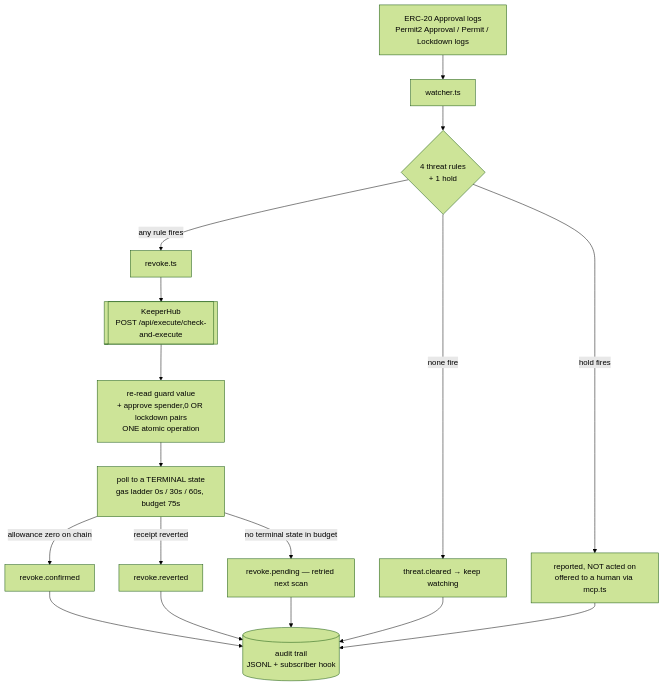
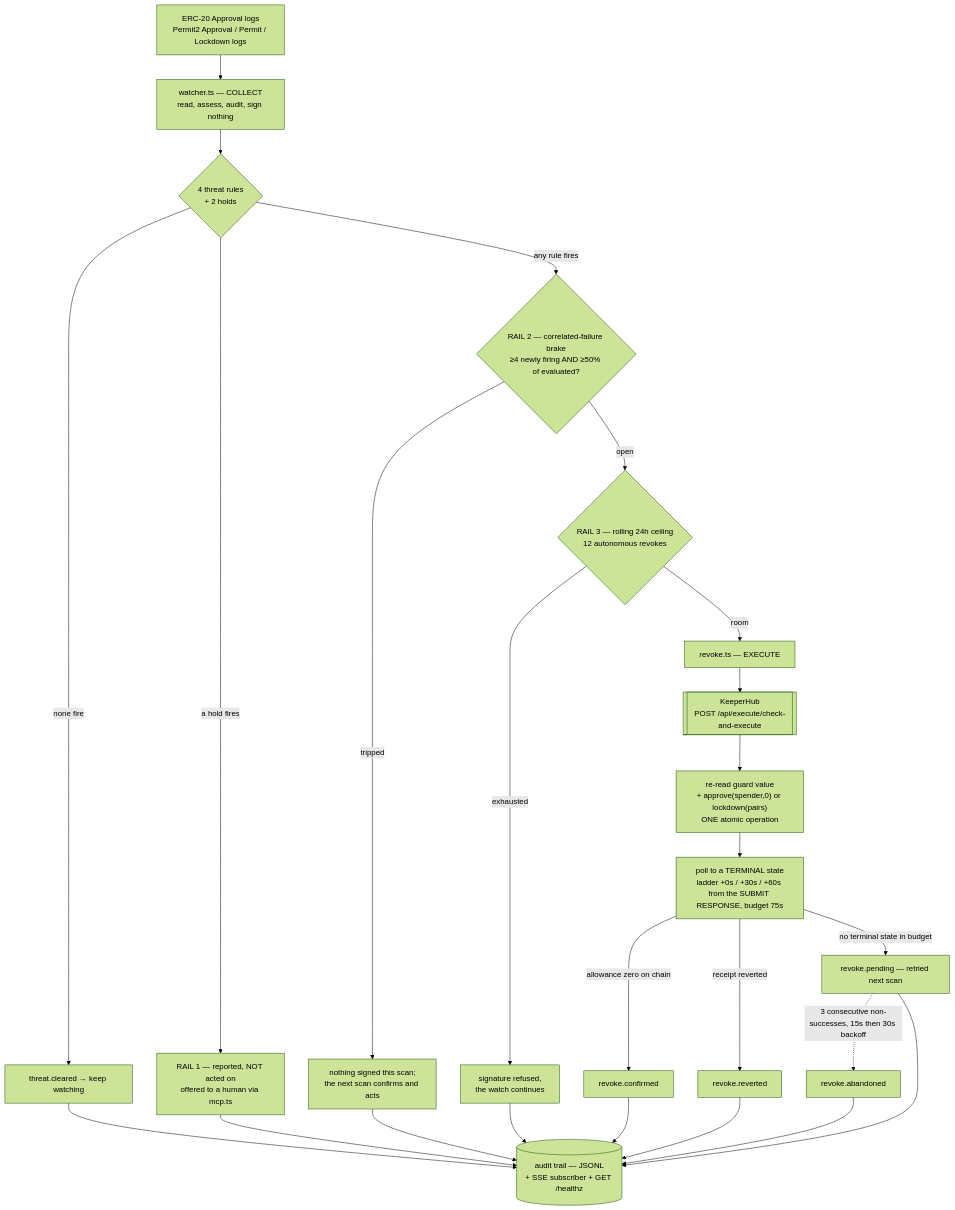
The first of 2 diagrams in ARCHITECTURE.md (edycutjong/revoker), drawn with Mermaid (forest theme) before and after one commit. The commit also changed other lines of this file and 2 other files, not shown here.

````diff
--- a/ARCHITECTURE.md
+++ b/ARCHITECTURE.md
@@ -46,19 +51,27 @@
 ```mermaid
 flowchart TD
-    A[ERC-20 Approval logs<br/>Permit2 Approval / Permit / Lockdown logs] --> B[watcher.ts]
-    B --> C{4 threat rules<br/>+ 1 hold}
-    C -->|none fire| D[threat.cleared → keep watching]
-    C -->|hold fires| H2[reported, NOT acted on<br/>offered to a human via mcp.ts]
-    C -->|any rule fires| E[revoke.ts]
+    A["ERC-20 Approval logs<br/>Permit2 Approval / Permit / Lockdown logs"] --> B["watcher.ts — COLLECT<br/>read, assess, audit, sign nothing"]
+    B --> C{"4 threat rules<br/>+ 2 holds"}
+    C -->|none fire| D["threat.cleared → keep watching"]
+    C -->|a hold fires| H2["RAIL 1 — reported, NOT acted on<br/>offered to a human via mcp.ts"]
+    C -->|any rule fires| GATE{"RAIL 2 — correlated-failure brake<br/>≥4 newly firing AND ≥50% of evaluated?"}
+    GATE -->|tripped| SKIP["nothing signed this scan;<br/>the next scan confirms and acts"]
+    GATE -->|open| CEIL{"RAIL 3 — rolling 24h ceiling<br/>12 autonomous revokes"}
+    CEIL -->|exhausted| SKIP2["signature refused,<br/>the watch continues"]
+    CEIL -->|room| E["revoke.ts — EXECUTE"]
     E --> F[["KeeperHub<br/>POST /api/execute/check-and-execute"]]
-    F --> G[re-read guard value<br/>+ approve spender,0 OR lockdown pairs<br/>ONE atomic operation]
-    G --> P[poll to a TERMINAL state<br/>gas ladder 0s / 30s / 60s, budget 75s]
-    P -->|allowance zero on chain| I[revoke.confirmed]
-    P -->|receipt reverted| R[revoke.reverted]
-    P -->|no terminal state in budget| J[revoke.pending — retried next scan]
-    I --> K[(audit trail<br/>JSONL + subscriber hook)]
+    F --> G["re-read guard value<br/>+ approve(spender,0) or lockdown(pairs)<br/>ONE atomic operation"]
+    G --> P["poll to a TERMINAL state<br/>ladder +0s / +30s / +60s from the SUBMIT RESPONSE, budget 75s"]
+    P -->|allowance zero on chain| I["revoke.confirmed"]
+    P -->|receipt reverted| R["revoke.reverted"]
+    P -->|no terminal state in budget| J["revoke.pending — retried next scan"]
+    J -.->|3 consecutive non-successes, 15s then 30s backoff| AB["revoke.abandoned"]
+    I --> K[("audit trail — JSONL<br/>+ SSE subscriber + GET /healthz")]
     R --> K
     J --> K
+    AB --> K
     D --> K
     H2 --> K
+    SKIP --> K
+    SKIP2 --> K
 ```
````
